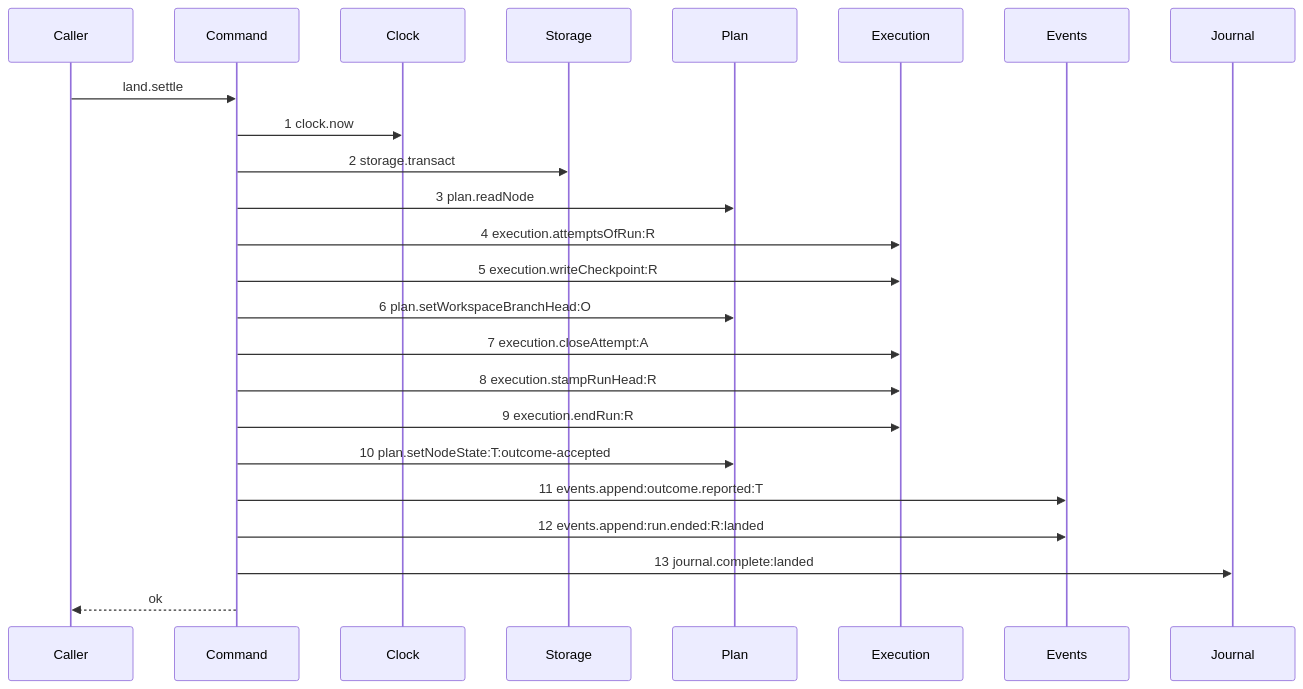
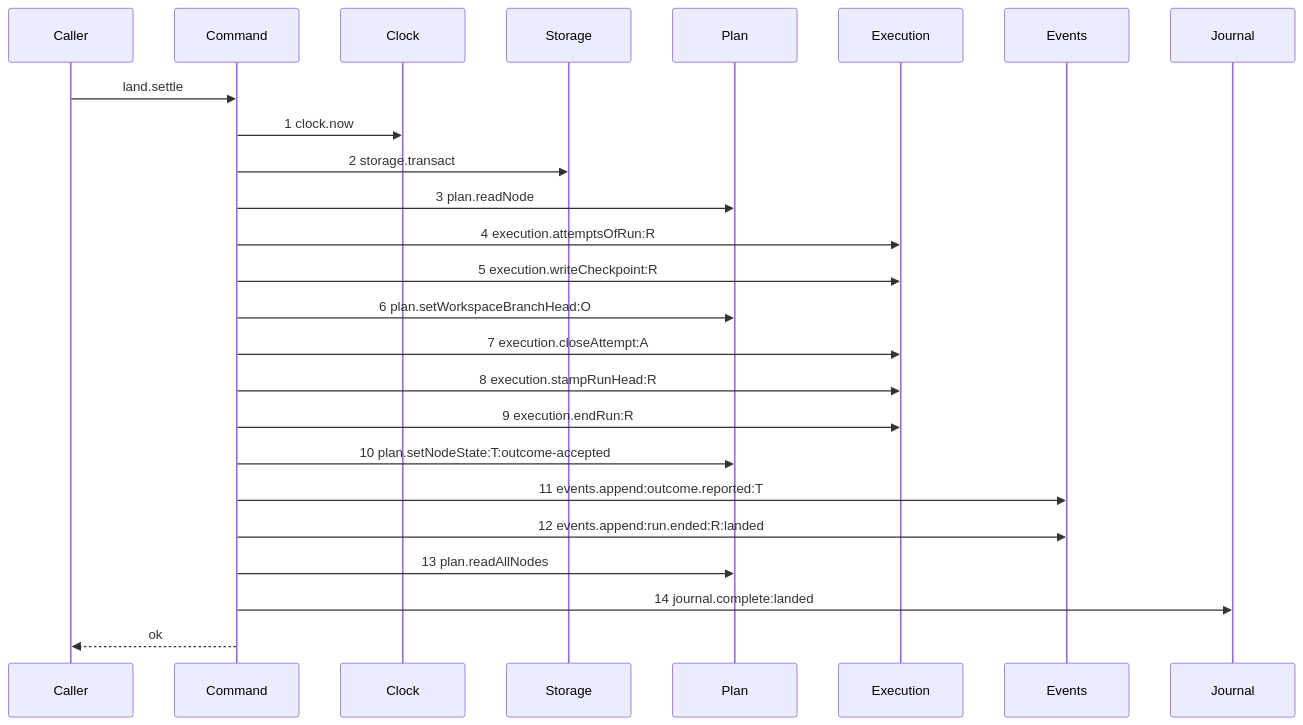
The diagram in .agents/plan/stories/051.3-the-checkpoint-and-the-land/04-the-accepted-settle.md (kanthorlabs/kanthord-engine), drawn with Mermaid before and after one commit. The commit also changed other lines of this file and 3 other files, not shown here.

````diff
--- a/.agents/plan/stories/051.3-the-checkpoint-and-the-land/04-the-accepted-settle.md
+++ b/.agents/plan/stories/051.3-the-checkpoint-and-the-land/04-the-accepted-settle.md
@@ -32,26 +32,27 @@
 ```mermaid
 sequenceDiagram
     participant Caller
     participant Command
     participant Clock
     participant Storage
     participant Plan
     participant Execution
     participant Events
     participant Journal
     Caller->>Command: land.settle
     Command->>Clock: 1 clock.now
     Command->>Storage: 2 storage.transact
     Command->>Plan: 3 plan.readNode
     Command->>Execution: 4 execution.attemptsOfRun:R
     Command->>Execution: 5 execution.writeCheckpoint:R
     Command->>Plan: 6 plan.setWorkspaceBranchHead:O
     Command->>Execution: 7 execution.closeAttempt:A
     Command->>Execution: 8 execution.stampRunHead:R
     Command->>Execution: 9 execution.endRun:R
     Command->>Plan: 10 plan.setNodeState:T:outcome-accepted
     Command->>Events: 11 events.append:outcome.reported:T
     Command->>Events: 12 events.append:run.ended:R:landed
-    Command->>Journal: 13 journal.complete:landed
+    Command->>Plan: 13 plan.readAllNodes
+    Command->>Journal: 14 journal.complete:landed
     Command-->>Caller: ok
 ```
````
